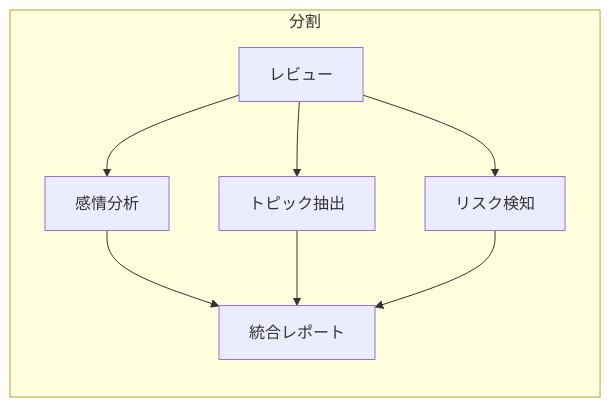
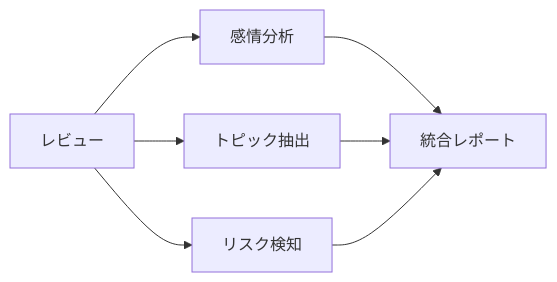
Before and after one commit to qameqame/ai-architecture-pattern: the second of 7 diagrams in README.ja.md, drawn with Mermaid. The commit also changed other lines of this file and 1 other file, not shown here.

Commit message:
modify diagram of README.md,README.ja.md to Mermaid diagram

````diff
--- a/README.ja.md
+++ b/README.ja.md
@@ -111,11 +113,9 @@
 ```mermaid
 flowchart LR
-    subgraph Sectioning[分割]
-        A1[レビュー] --> B1[感情分析]
-        A1 --> C1[トピック抽出]
-        A1 --> D1[リスク検知]
-        B1 --> E1[統合レポート]
-        C1 --> E1
-        D1 --> E1
-    end
+    A1[レビュー] --> B1[感情分析]
+    A1 --> C1[トピック抽出]
+    A1 --> D1[リスク検知]
+    B1 --> E1[統合レポート]
+    C1 --> E1
+    D1 --> E1
 ```
````
